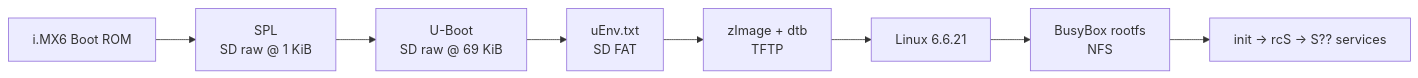
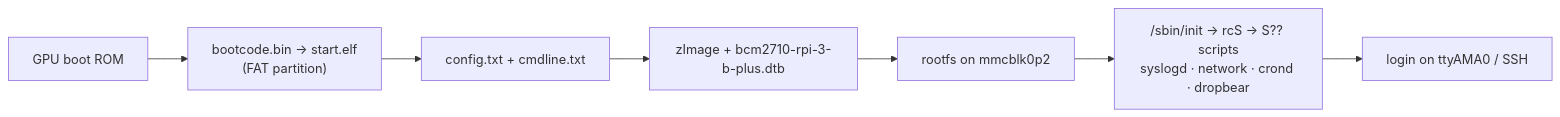
One commit to 0xshaman-eng/rpi3-embedded-linux changed the second of 2 diagrams in README.md. Above: the diagram before and after it, drawn with Mermaid. The commit also changed other lines of this file, not shown here.

````diff
--- a/README.md
+++ b/README.md
@@ -85,10 +70,9 @@
 ```mermaid
 flowchart LR
-    A["i.MX6 Boot ROM"] --> B["SPL<br/>SD raw @ 1 KiB"]
-    B --> C["U-Boot<br/>SD raw @ 69 KiB"]
-    C --> D["uEnv.txt<br/>SD FAT"]
-    D --> E["zImage + dtb<br/>TFTP"]
-    E --> F["Linux 6.6.21"]
-    F --> G["BusyBox rootfs<br/>NFS"]
-    G --> H["init → rcS → S?? services"]
+    A[GPU boot ROM] --> B["bootcode.bin → start.elf<br/>(FAT partition)"]
+    B --> C["config.txt + cmdline.txt"]
+    C --> D["zImage + bcm2710-rpi-3-b-plus.dtb"]
+    D --> E["rootfs on mmcblk0p2"]
+    E --> F["/sbin/init → rcS → S?? scripts<br/>syslogd · network · crond · dropbear"]
+    F --> G["login on ttyAMA0 / SSH"]
 ```
````
